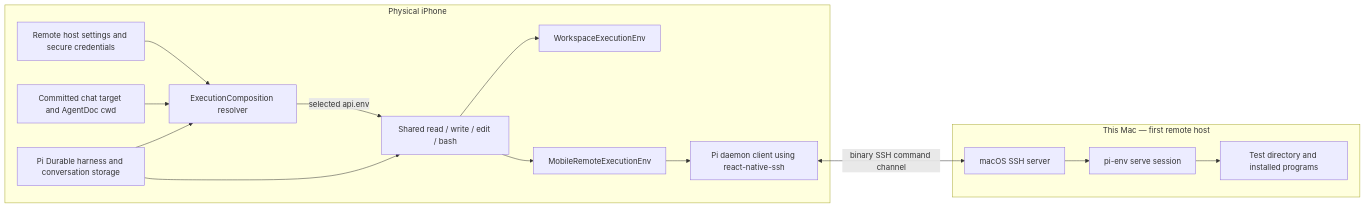
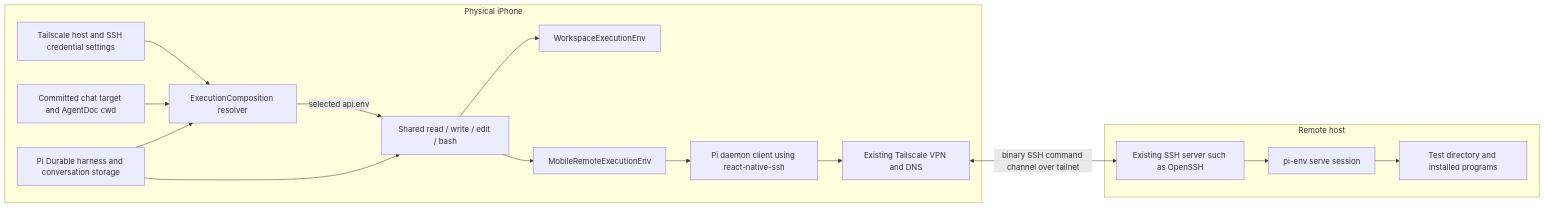
The diagram in docs/remote-ssh-execution.md (VikashLoomba/expo-pi), drawn with Mermaid before and after one commit. The commit also changed other lines of this file and 3 other files, not shown here.

First line of the commit message:
docs: document remote execution architecture and validation

````diff
--- a/docs/remote-ssh-execution.md
+++ b/docs/remote-ssh-execution.md
@@ -28,29 +64,31 @@
 ```mermaid
 flowchart LR
   subgraph Phone[Physical iPhone]
-    Settings[Remote host settings and secure credentials]
+    Settings[Tailscale host and SSH credential settings]
     Target[Committed chat target and AgentDoc cwd]
     Harness[Pi Durable harness and conversation storage]
     Resolver[ExecutionComposition resolver]
     Tools[Shared read / write / edit / bash]
     Local[WorkspaceExecutionEnv]
     Remote[MobileRemoteExecutionEnv]
     Transport[Pi daemon client using react-native-ssh]
+    VPN[Existing Tailscale VPN and DNS]
     Settings --> Resolver
     Target --> Resolver
     Harness --> Resolver
     Harness --> Tools
     Resolver -->|selected api.env| Tools
     Tools --> Local
     Tools --> Remote
     Remote --> Transport
+    Transport --> VPN
   end
-  subgraph Mac[This Mac — first remote host]
-    SSH[macOS SSH server]
+  subgraph Host[Remote host]
+    SSH[Existing SSH server such as OpenSSH]
     Daemon[pi-env serve session]
     Files[Test directory and installed programs]
     SSH --> Daemon
     Daemon --> Files
   end
-  Transport <-->|binary SSH command channel| SSH
+  VPN <-->|binary SSH command channel over tailnet| SSH
 ```
````
